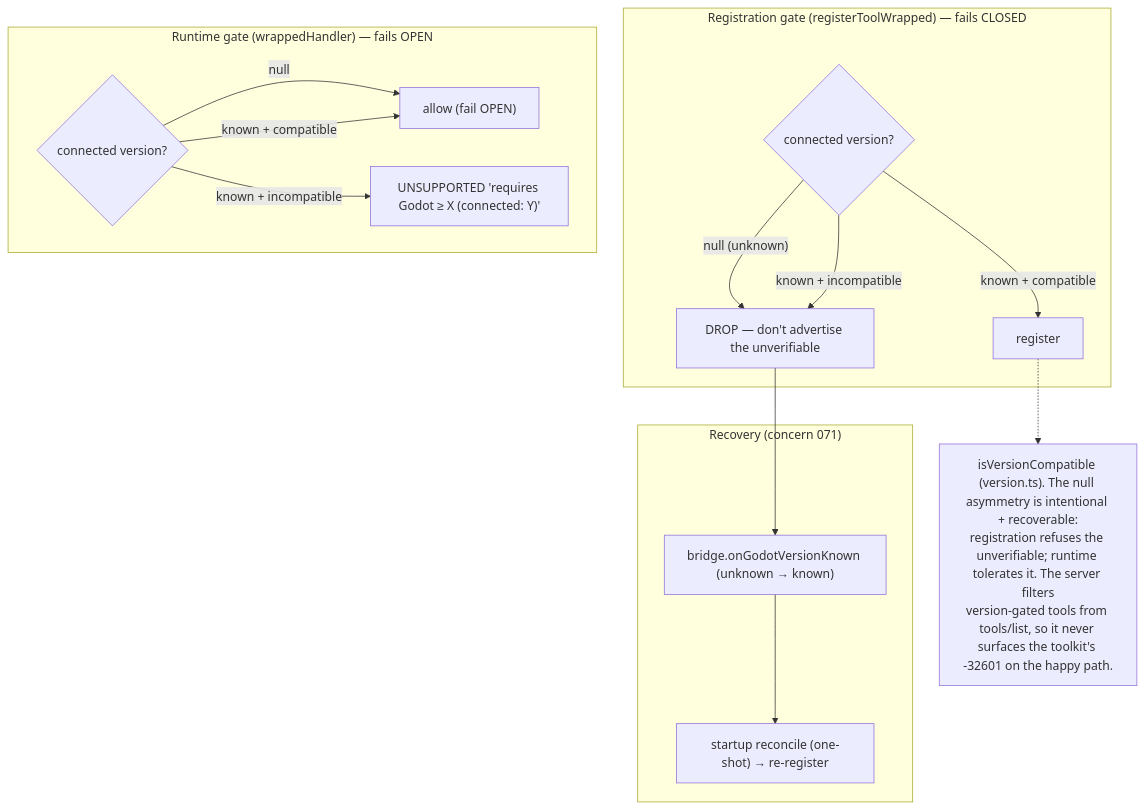
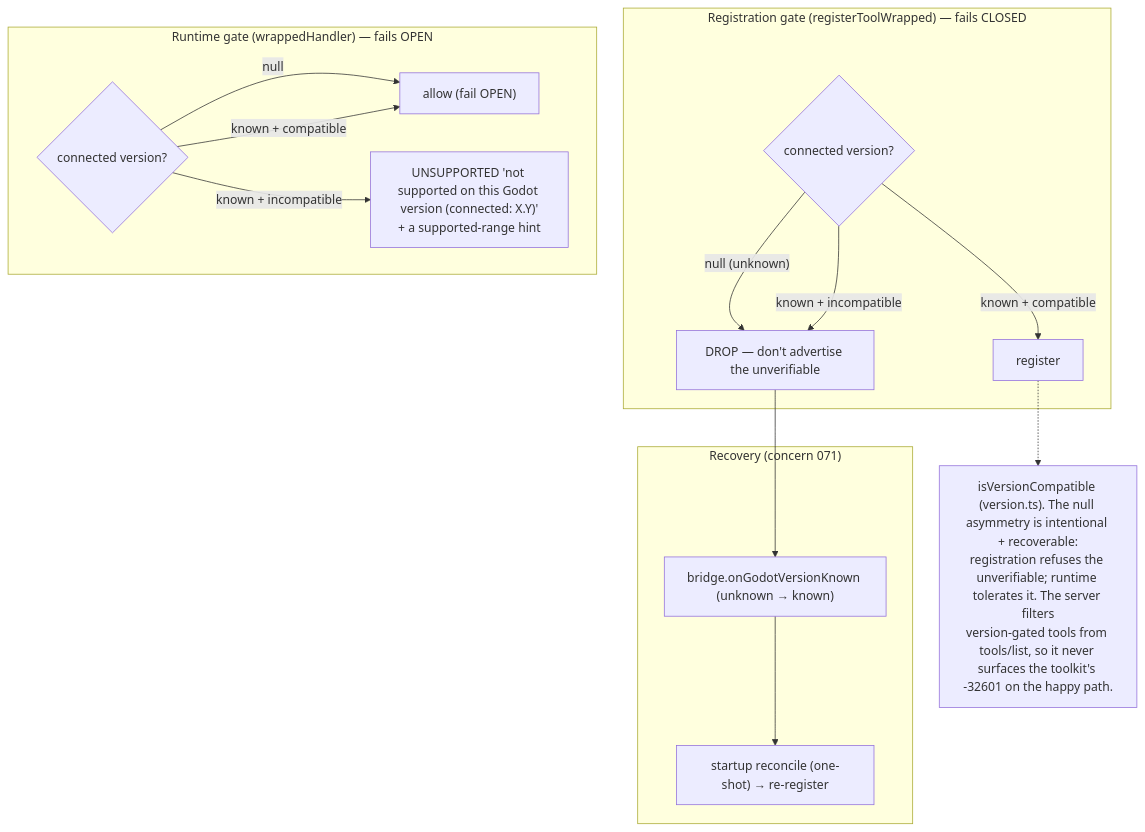
One commit to NPGameDev/godot-mcp-server changed diagram 12 of 13 in docs/architecture/README.md. Above: the diagram before and after it, drawn with Mermaid. The commit also changed other lines of this file and 1 other file, not shown here.

First line of the commit message:
docs(arch): re-attest the stale architecture diagrams

````diff
--- a/docs/architecture/README.md
+++ b/docs/architecture/README.md
@@ -681,21 +696,21 @@
 ```mermaid
 flowchart TD
     subgraph regn["Registration gate (registerToolWrapped) — fails CLOSED"]
       r1{"connected version?"}
       r1 -->|"null (unknown)"| rdrop["DROP — don't advertise the unverifiable"]
       r1 -->|"known + incompatible"| rdrop
       r1 -->|"known + compatible"| rkeep["register"]
     end
     subgraph recov["Recovery (concern 071)"]
       rdrop --> hook["bridge.onGodotVersionKnown (unknown → known)"]
       hook --> rec["startup reconcile (one-shot) → re-register"]
     end
     subgraph runt["Runtime gate (wrappedHandler) — fails OPEN"]
       u1{"connected version?"}
       u1 -->|"null"| upass["allow (fail OPEN)"]
-      u1 -->|"known + incompatible"| ublock["UNSUPPORTED 'requires Godot ≥ X (connected: Y)'"]
+      u1 -->|"known + incompatible"| ublock["UNSUPPORTED 'not supported on this Godot version (connected: X.Y)'<br/>+ a supported-range hint"]
       u1 -->|"known + compatible"| upass
     end
     note["isVersionCompatible (version.ts). The null asymmetry is intentional + recoverable:<br/>registration refuses the unverifiable; runtime tolerates it. The server filters<br/>version-gated tools from tools/list, so it never surfaces the toolkit's -32601 on the happy path."]
     rkeep -.-> note
 ```
````
